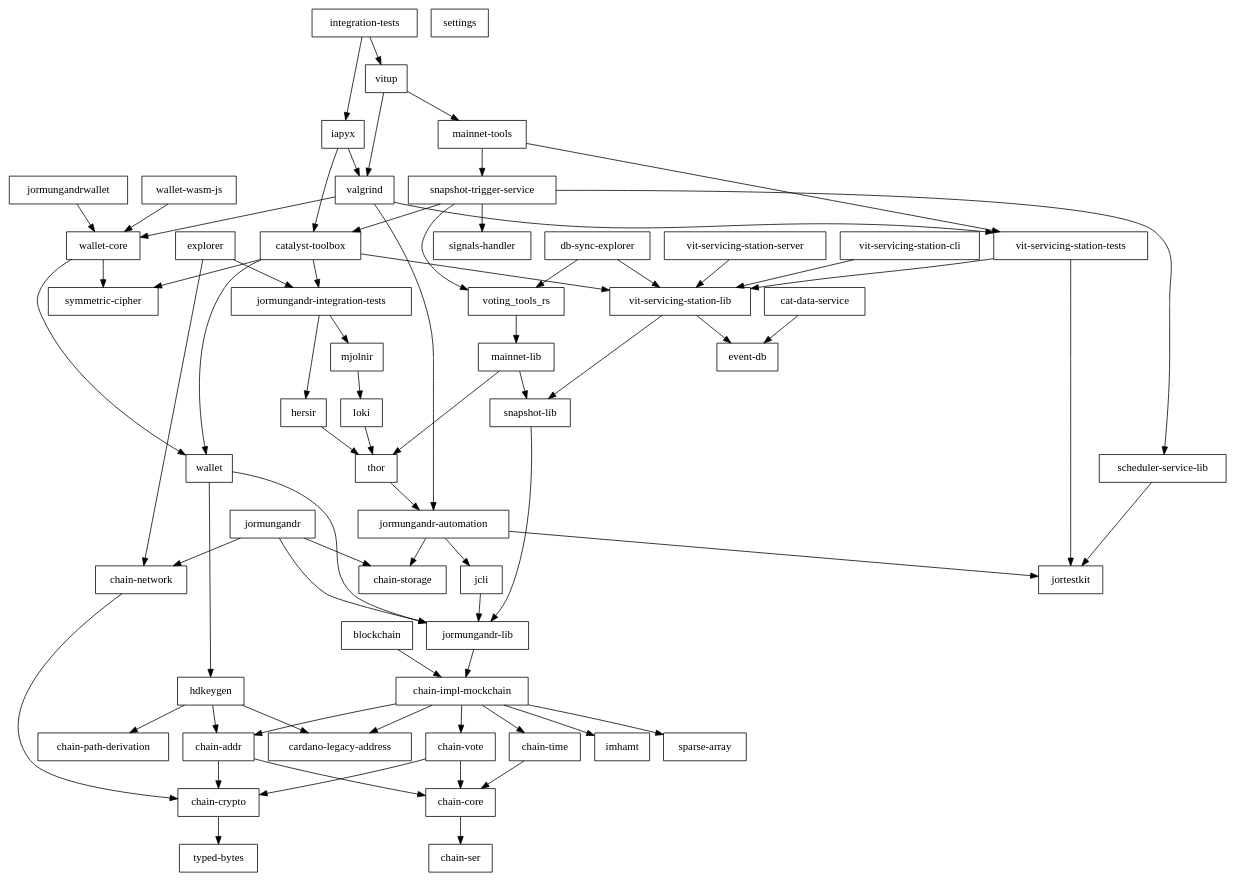
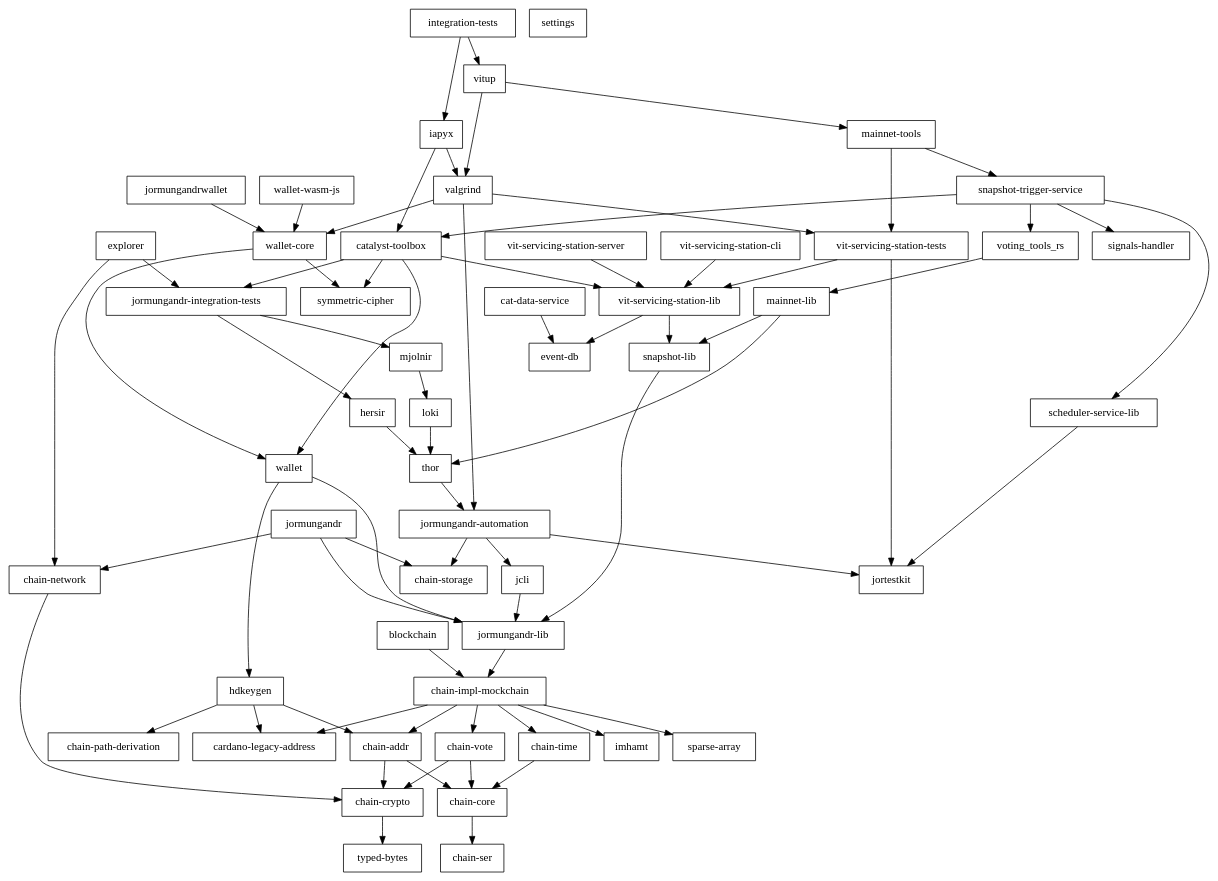
Before and after one commit to input-output-hk/catalyst-core: the diagram in feature/cat-data-service-impl/06_rust_api/rust/doc/workspace.depgraph.dot, drawn with Graphviz. The commit also changed 5368 other files, not shown here.

```diff
--- a/feature/cat-data-service-impl/06_rust_api/rust/doc/workspace.depgraph.dot
+++ b/feature/cat-data-service-impl/06_rust_api/rust/doc/workspace.depgraph.dot
@@ -1,127 +1,124 @@
 digraph {
     0 [ label = "catalyst-toolbox" shape = box]
     1 [ label = "chain-addr" shape = box]
     2 [ label = "chain-core" shape = box]
     3 [ label = "chain-ser" shape = box]
     4 [ label = "chain-crypto" shape = box]
     5 [ label = "typed-bytes" shape = box]
     6 [ label = "chain-impl-mockchain" shape = box]
     7 [ label = "cardano-legacy-address" shape = box]
     8 [ label = "chain-time" shape = box]
     9 [ label = "chain-vote" shape = box]
     10 [ label = "imhamt" shape = box]
     11 [ label = "sparse-array" shape = box]
     12 [ label = "chain-storage" shape = box]
     13 [ label = "jcli" shape = box]
     14 [ label = "jormungandr-lib" shape = box]
     15 [ label = "jormungandr-automation" shape = box]
     16 [ label = "jortestkit" shape = box]
     17 [ label = "jormungandr-integration-tests" shape = box]
     18 [ label = "hersir" shape = box]
     19 [ label = "thor" shape = box]
     20 [ label = "loki" shape = box]
     21 [ label = "mjolnir" shape = box]
     22 [ label = "snapshot-lib" shape = box]
     23 [ label = "symmetric-cipher" shape = box]
     24 [ label = "vit-servicing-station-lib" shape = box]
     25 [ label = "event-db" shape = box]
     26 [ label = "vit-servicing-station-tests" shape = box]
     27 [ label = "wallet" shape = box]
     28 [ label = "chain-path-derivation" shape = box]
     29 [ label = "hdkeygen" shape = box]
     30 [ label = "chain-network" shape = box]
     31 [ label = "jormungandrwallet" shape = box]
     32 [ label = "wallet-core" shape = box]
     33 [ label = "wallet-wasm-js" shape = box]
     34 [ label = "jormungandr" shape = box]
     35 [ label = "explorer" shape = box]
     36 [ label = "settings" shape = box]
     37 [ label = "blockchain" shape = box]
     38 [ label = "vit-servicing-station-cli" shape = box]
     39 [ label = "vit-servicing-station-server" shape = box]
     40 [ label = "iapyx" shape = box]
     41 [ label = "valgrind" shape = box]
     42 [ label = "vitup" shape = box]
     43 [ label = "mainnet-lib" shape = box]
     44 [ label = "mainnet-tools" shape = box]
     45 [ label = "scheduler-service-lib" shape = box]
     46 [ label = "signals-handler" shape = box]
     47 [ label = "snapshot-trigger-service" shape = box]
     48 [ label = "voting_tools_rs" shape = box]
     49 [ label = "integration-tests" shape = box]
-    50 [ label = "db-sync-explorer" shape = box]
-    51 [ label = "cat-data-service" shape = box]
+    50 [ label = "cat-data-service" shape = box]
     0 -> 17 [ ]
     0 -> 23 [ ]
     0 -> 24 [ ]
     0 -> 27 [ ]
     1 -> 2 [ ]
     1 -> 4 [ ]
     2 -> 3 [ ]
     4 -> 5 [ ]
     6 -> 7 [ ]
     6 -> 1 [ ]
     6 -> 8 [ ]
     6 -> 9 [ ]
     6 -> 10 [ ]
     6 -> 11 [ ]
     8 -> 2 [ ]
     9 -> 2 [ ]
     9 -> 4 [ ]
     13 -> 14 [ ]
     14 -> 6 [ ]
     15 -> 12 [ ]
     15 -> 13 [ ]
     15 -> 16 [ ]
     17 -> 18 [ ]
     17 -> 21 [ ]
     18 -> 19 [ ]
     19 -> 15 [ ]
     20 -> 19 [ ]
     21 -> 20 [ ]
     22 -> 14 [ ]
     24 -> 25 [ ]
     24 -> 22 [ ]
     26 -> 16 [ ]
     26 -> 24 [ ]
     27 -> 29 [ ]
     27 -> 14 [ ]
     29 -> 7 [ ]
     29 -> 1 [ ]
     29 -> 28 [ ]
     30 -> 4 [ ]
     31 -> 32 [ ]
     32 -> 23 [ ]
     32 -> 27 [ ]
     33 -> 32 [ ]
     34 -> 30 [ ]
     34 -> 12 [ ]
     34 -> 14 [ ]
     35 -> 30 [ ]
     35 -> 17 [ ]
     37 -> 6 [ ]
     38 -> 24 [ ]
     39 -> 24 [ ]
     40 -> 0 [ ]
     40 -> 41 [ ]
     41 -> 15 [ ]
     41 -> 26 [ ]
     41 -> 32 [ ]
     42 -> 44 [ ]
     42 -> 41 [ ]
     43 -> 22 [ ]
     43 -> 19 [ ]
     44 -> 47 [ ]
     44 -> 26 [ ]
     45 -> 16 [ ]
     47 -> 0 [ ]
     47 -> 45 [ ]
     47 -> 46 [ ]
     47 -> 48 [ ]
     48 -> 43 [ ]
     49 -> 40 [ ]
     49 -> 42 [ ]
-    50 -> 24 [ ]
-    50 -> 48 [ ]
-    51 -> 25 [ ]
+    50 -> 25 [ ]
 }
```
